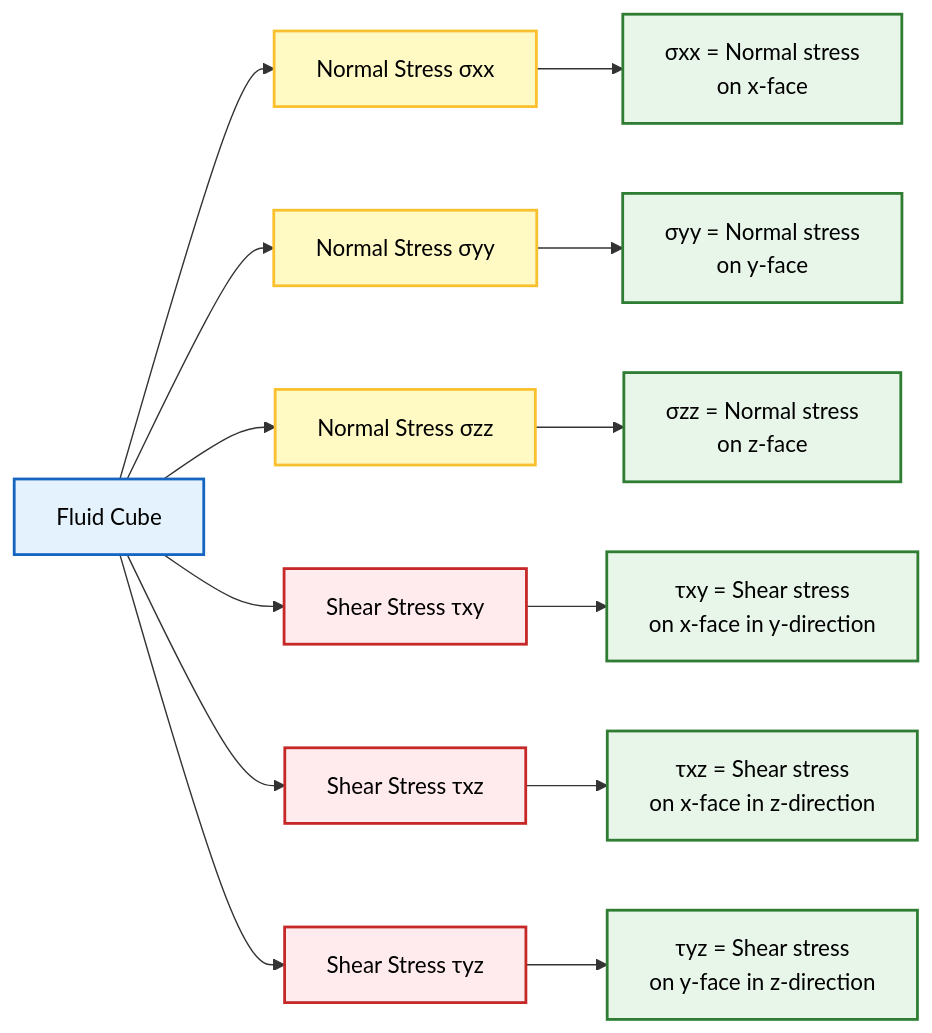
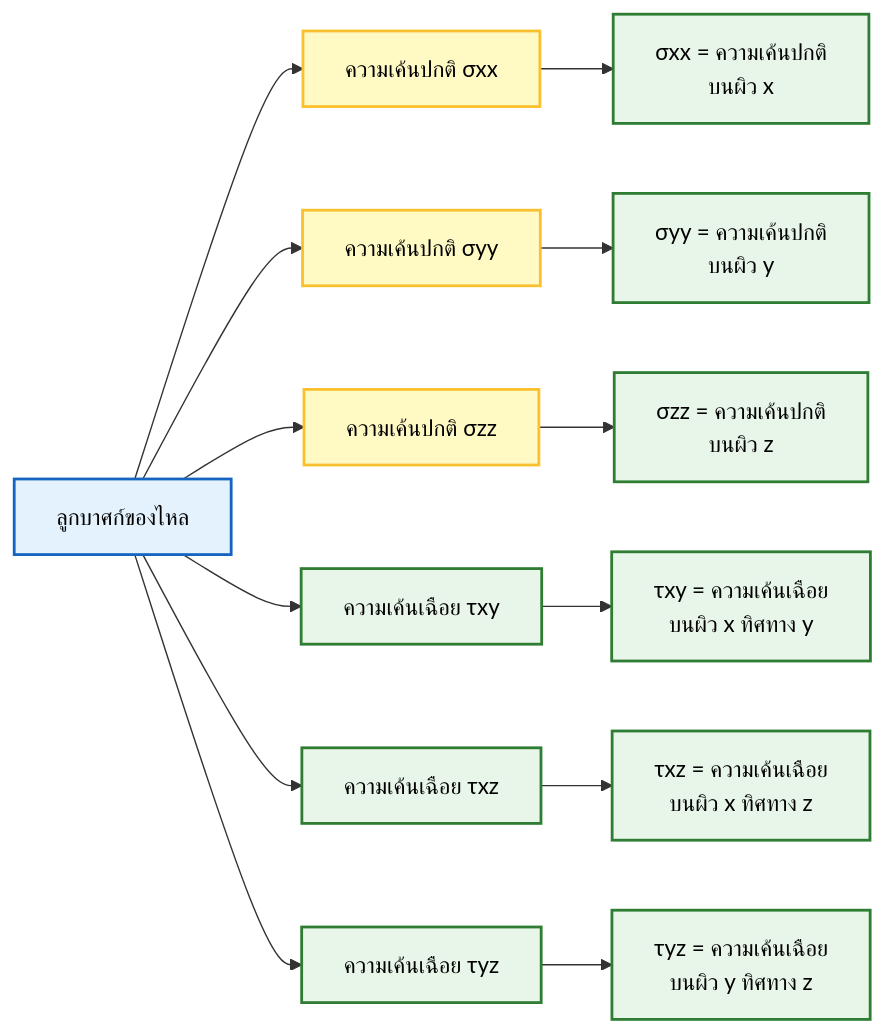
Before and after one commit to wramet/build-my-cfd: the eighth of 12 diagrams in MODULE_01_CFD_FUNDAMENTALS/lessons/01_fluid_mechanics_fundamentals.md, drawn with Mermaid. The commit also changed other lines of this file and 297 other files, not shown here.

Commit message:
Add explanation under mermaid diagram

````diff
--- a/MODULE_01_CFD_FUNDAMENTALS/lessons/01_fluid_mechanics_fundamentals.md
+++ b/MODULE_01_CFD_FUNDAMENTALS/lessons/01_fluid_mechanics_fundamentals.md
@@ -479,26 +492,24 @@
 ```mermaid
 graph LR
-    A["Fluid Cube"] --> B["Normal Stress σxx"]
-    A --> C["Normal Stress σyy"]
-    A --> D["Normal Stress σzz"]
-    A --> E["Shear Stress τxy"]
-    A --> F["Shear Stress τxz"]
-    A --> G["Shear Stress τyz"]
-    B --> H["σxx = Normal stress<br/>on x-face"]
-    C --> I["σyy = Normal stress<br/>on y-face"]
-    D --> J["σzz = Normal stress<br/>on z-face"]
-    E --> K["τxy = Shear stress<br/>on x-face in y-direction"]
-    F --> L["τxz = Shear stress<br/>on x-face in z-direction"]
-    G --> M["τyz = Shear stress<br/>on y-face in z-direction"]
-    
-    %% Styling Definitions
+    A["ลูกบาศก์ของไหล"] --> B["ความเค้นปกติ σxx"]
+    A --> C["ความเค้นปกติ σyy"]
+    A --> D["ความเค้นปกติ σzz"]
+    A --> E["ความเค้นเฉือย τxy"]
+    A --> F["ความเค้นเฉือย τxz"]
+    A --> G["ความเค้นเฉือย τyz"]
+    B --> H["σxx = ความเค้นปกติ<br/>บนผิว x"]
+    C --> I["σyy = ความเค้นปกติ<br/>บนผิว y"]
+    D --> J["σzz = ความเค้นปกติ<br/>บนผิว z"]
+    E --> K["τxy = ความเค้นเฉือย<br/>บนผิว x ทิศทาง y"]
+    F --> L["τxz = ความเค้นเฉือย<br/>บนผิว x ทิศทาง z"]
+    G --> M["τyz = ความเค้นเฉือย<br/>บนผิว y ทิศทาง z"]
+
     classDef process fill:#e3f2fd,stroke:#1565c0,stroke-width:2px,color:#000;
     classDef decision fill:#fff9c4,stroke:#fbc02d,stroke-width:2px,color:#000;
-    classDef terminator fill:#ffebee,stroke:#c62828,stroke-width:2px,color:#000;
     classDef storage fill:#e8f5e9,stroke:#2e7d32,stroke-width:2px,color:#000;
-    
+
     class A process;
     class B,C,D decision;
-    class E,F,G terminator;
+    class E,F,G storage;
     class H,I,J,K,L,M storage;
 ```
````
